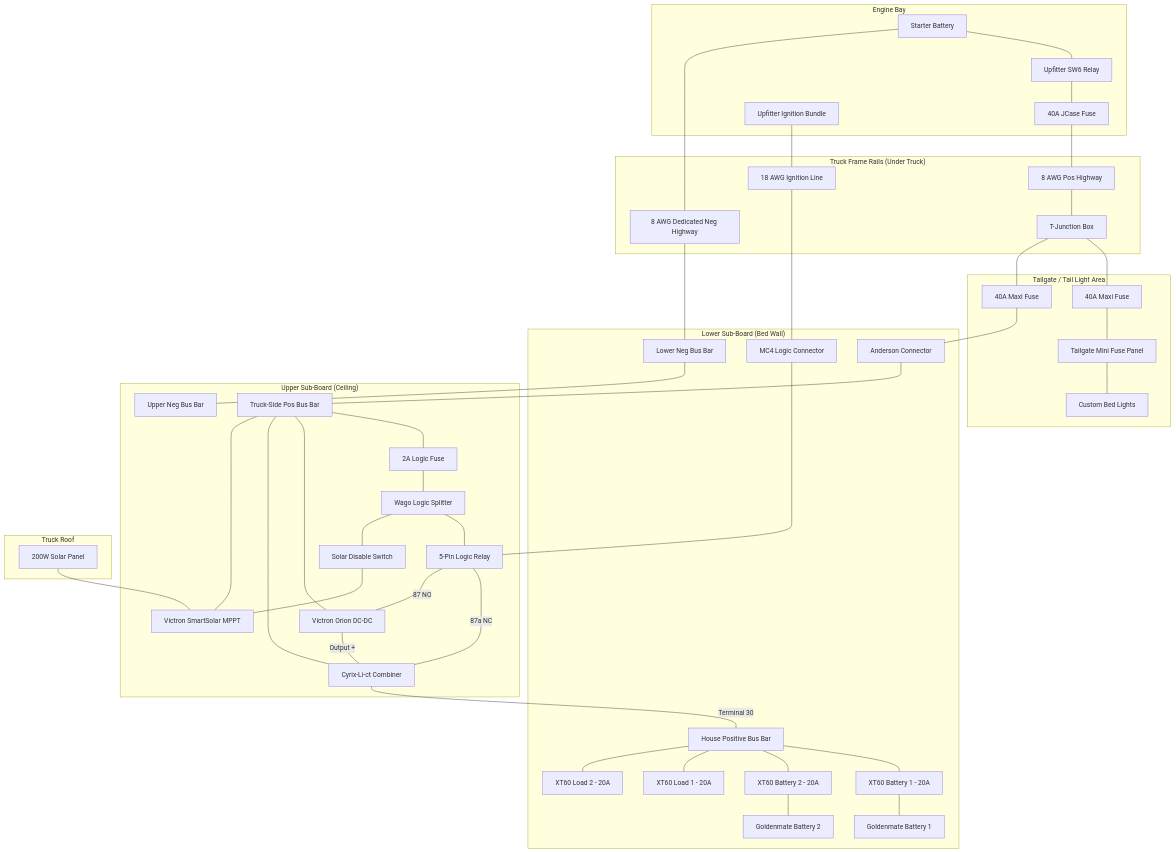
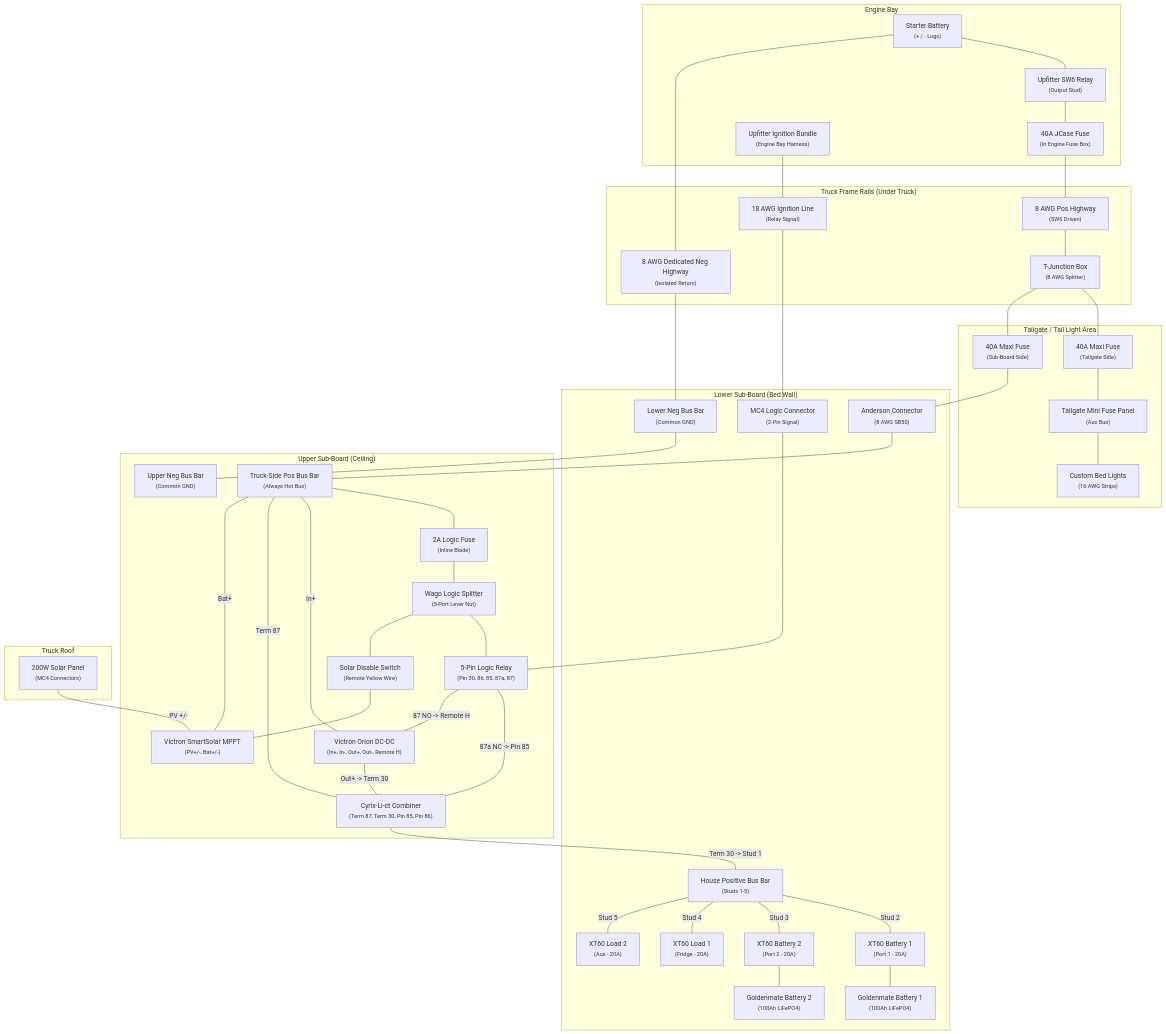
The diagram in system_diagram.md (chrisjohnson/truck-micro-grid), drawn with Mermaid before and after one commit.

Commit message:
docs: add terminal and pin labels to system diagram

````diff
--- a/system_diagram.md
+++ b/system_diagram.md
@@ -6,53 +6,53 @@
 graph TD
     %% Location Groups
     subgraph EngineBay ["Engine Bay"]
-        StarterBat[Starter Battery]
-        SW6Relay[Upfitter SW6 Relay]
-        JCase40[40A JCase Fuse]
-        IgnitionSrc[Upfitter Ignition Bundle]
+        StarterBat["Starter Battery<br/><small>(+ / - Lugs)</small>"]
+        SW6Relay["Upfitter SW6 Relay<br/><small>(Output Stud)</small>"]
+        JCase40["40A JCase Fuse<br/><small>(In Engine Fuse Box)</small>"]
+        IgnitionSrc["Upfitter Ignition Bundle<br/><small>(Engine Bay Harness)</small>"]
     end
 
     subgraph FrameRails ["Truck Frame Rails (Under Truck)"]
-        TJunction[T-Junction Box]
-        PosHighway[8 AWG Pos Highway]
-        NegHighway[8 AWG Dedicated Neg Highway]
-        IgnitionHighway[18 AWG Ignition Line]
+        TJunction["T-Junction Box<br/><small>(8 AWG Splitter)</small>"]
+        PosHighway["8 AWG Pos Highway<br/><small>(SW6 Driven)</small>"]
+        NegHighway["8 AWG Dedicated Neg Highway<br/><small>(Isolated Return)</small>"]
+        IgnitionHighway["18 AWG Ignition Line<br/><small>(Relay Signal)</small>"]
     end
 
     subgraph TailgateArea ["Tailgate / Tail Light Area"]
-        TailgateFuse[Tailgate Mini Fuse Panel]
-        BedLights[Custom Bed Lights]
-        Maxi40A_1[40A Maxi Fuse]
-        Maxi40A_2[40A Maxi Fuse]
+        TailgateFuse["Tailgate Mini Fuse Panel<br/><small>(Aux Bus)</small>"]
+        BedLights["Custom Bed Lights<br/><small>(16 AWG Strips)</small>"]
+        Maxi40A_1["40A Maxi Fuse<br/><small>(Tailgate Side)</small>"]
+        Maxi40A_2["40A Maxi Fuse<br/><small>(Sub-Board Side)</small>"]
     end
 
     subgraph LowerBoard ["Lower Sub-Board (Bed Wall)"]
-        Anderson[Anderson Connector]
-        MC4[MC4 Logic Connector]
-        HousePosBus[House Positive Bus Bar]
-        HouseNegBus[Lower Neg Bus Bar]
-        XT60_Bat1[XT60 Battery 1 - 20A]
-        XT60_Bat2[XT60 Battery 2 - 20A]
-        XT60_Load1[XT60 Load 1 - 20A]
-        XT60_Load2[XT60 Load 2 - 20A]
-        HouseBat1[Goldenmate Battery 1]
-        HouseBat2[Goldenmate Battery 2]
+        Anderson["Anderson Connector<br/><small>(8 AWG SB50)</small>"]
+        MC4["MC4 Logic Connector<br/><small>(2-Pin Signal)</small>"]
+        HousePosBus["House Positive Bus Bar<br/><small>(Studs 1-5)</small>"]
+        HouseNegBus["Lower Neg Bus Bar<br/><small>(Common GND)</small>"]
+        XT60_Bat1["XT60 Battery 1<br/><small>(Port 1 - 20A)</small>"]
+        XT60_Bat2["XT60 Battery 2<br/><small>(Port 2 - 20A)</small>"]
+        XT60_Load1["XT60 Load 1<br/><small>(Fridge - 20A)</small>"]
+        XT60_Load2["XT60 Load 2<br/><small>(Aux - 20A)</small>"]
+        HouseBat1["Goldenmate Battery 1<br/><small>(100Ah LiFePO4)</small>"]
+        HouseBat2["Goldenmate Battery 2<br/><small>(100Ah LiFePO4)</small>"]
     end
 
     subgraph UpperBoard ["Upper Sub-Board (Ceiling)"]
-        TruckPosBus[Truck-Side Pos Bus Bar]
-        UpperNegBus[Upper Neg Bus Bar]
-        Orion[Victron Orion DC-DC]
-        Cyrix[Cyrix-Li-ct Combiner]
-        MPPT[Victron SmartSolar MPPT]
-        Relay[5-Pin Logic Relay]
-        Wago[Wago Logic Splitter]
-        SolarSwitch[Solar Disable Switch]
-        LogicFuse[2A Logic Fuse]
+        TruckPosBus["Truck-Side Pos Bus Bar<br/><small>(Always Hot Bus)</small>"]
+        UpperNegBus["Upper Neg Bus Bar<br/><small>(Common GND)</small>"]
+        Orion["Victron Orion DC-DC<br/><small>(In+, In-, Out+, Out-, Remote H)</small>"]
+        Cyrix["Cyrix-Li-ct Combiner<br/><small>(Term 87, Term 30, Pin 85, Pin 86)</small>"]
+        MPPT["Victron SmartSolar MPPT<br/><small>(PV+/-, Bat+/-)</small>"]
+        Relay["5-Pin Logic Relay<br/><small>(Pin 30, 86, 85, 87a, 87)</small>"]
+        Wago["Wago Logic Splitter<br/><small>(5-Port Lever Nut)</small>"]
+        SolarSwitch["Solar Disable Switch<br/><small>(Remote Yellow Wire)</small>"]
+        LogicFuse["2A Logic Fuse<br/><small>(Inline Blade)</small>"]
     end
 
     subgraph Roof ["Truck Roof"]
-        SolarPanel[200W Solar Panel]
+        SolarPanel["200W Solar Panel<br/><small>(MC4 Connectors)</small>"]
     end
 
     %% Connections
@@ -74,19 +74,19 @@
     Wago --- Relay
     Wago --- SolarSwitch --- MPPT
     
-    Relay ---|87a NC| Cyrix
-    Relay ---|87 NO| Orion
+    Relay ---|87a NC -> Pin 85| Cyrix
+    Relay ---|87 NO -> Remote H| Orion
     
-    TruckPosBus --- Orion
-    TruckPosBus --- Cyrix
-    TruckPosBus --- MPPT
-    SolarPanel --- MPPT
+    TruckPosBus ---|In+| Orion
+    TruckPosBus ---|Term 87| Cyrix
+    TruckPosBus ---|Bat+| MPPT
+    SolarPanel ---|PV +/-| MPPT
 
-    Orion ---|Output +| Cyrix
-    Cyrix ---|Terminal 30| HousePosBus
+    Orion ---|Out+ -> Term 30| Cyrix
+    Cyrix ---|Term 30 -> Stud 1| HousePosBus
     
-    HousePosBus --- XT60_Bat1 --- HouseBat1
-    HousePosBus --- XT60_Bat2 --- HouseBat2
-    HousePosBus --- XT60_Load1
-    HousePosBus --- XT60_Load2
+    HousePosBus ---|Stud 2| XT60_Bat1 --- HouseBat1
+    HousePosBus ---|Stud 3| XT60_Bat2 --- HouseBat2
+    HousePosBus ---|Stud 4| XT60_Load1
+    HousePosBus ---|Stud 5| XT60_Load2
 ```
````
